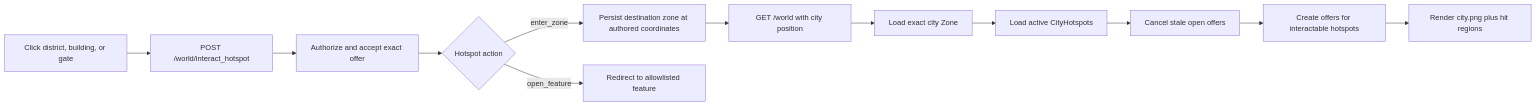
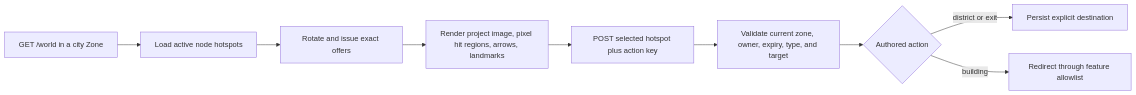
The diagram in doc/features/city.md (lukin-io/mmorpg), drawn with Mermaid before and after one commit. The commit also changed other lines of this file and 153 other files, not shown here.

````diff
--- a/doc/features/city.md
+++ b/doc/features/city.md
@@ -265,14 +197,11 @@
 ```mermaid
 flowchart LR
-    A["GET /world with city position"] --> B["Load exact city Zone"]
-    B --> C["Load active CityHotspots"]
-    C --> D["Cancel stale open offers"]
-    D --> E["Create offers for interactable hotspots"]
-    E --> F["Render city.png plus hit regions"]
-    G["Click district, building, or gate"] --> H["POST /world/interact_hotspot"]
-    H --> I["Authorize and accept exact offer"]
-    I --> J{"Hotspot action"}
-    J -->|enter_zone| K["Persist destination zone at authored coordinates"]
-    J -->|open_feature| L["Redirect to allowlisted feature"]
-    K --> A
+    A["GET /world in a city Zone"] --> B["Load active node hotspots"]
+    B --> C["Rotate and issue exact offers"]
+    C --> D["Render project image, pixel hit regions, arrows, landmarks"]
+    D --> E["POST selected hotspot plus action key"]
+    E --> F["Validate current zone, owner, expiry, type, and target"]
+    F --> G{"Authored action"}
+    G -->|district or exit| H["Persist explicit destination"]
+    G -->|building| I["Redirect through feature allowlist"]
 ```
````
